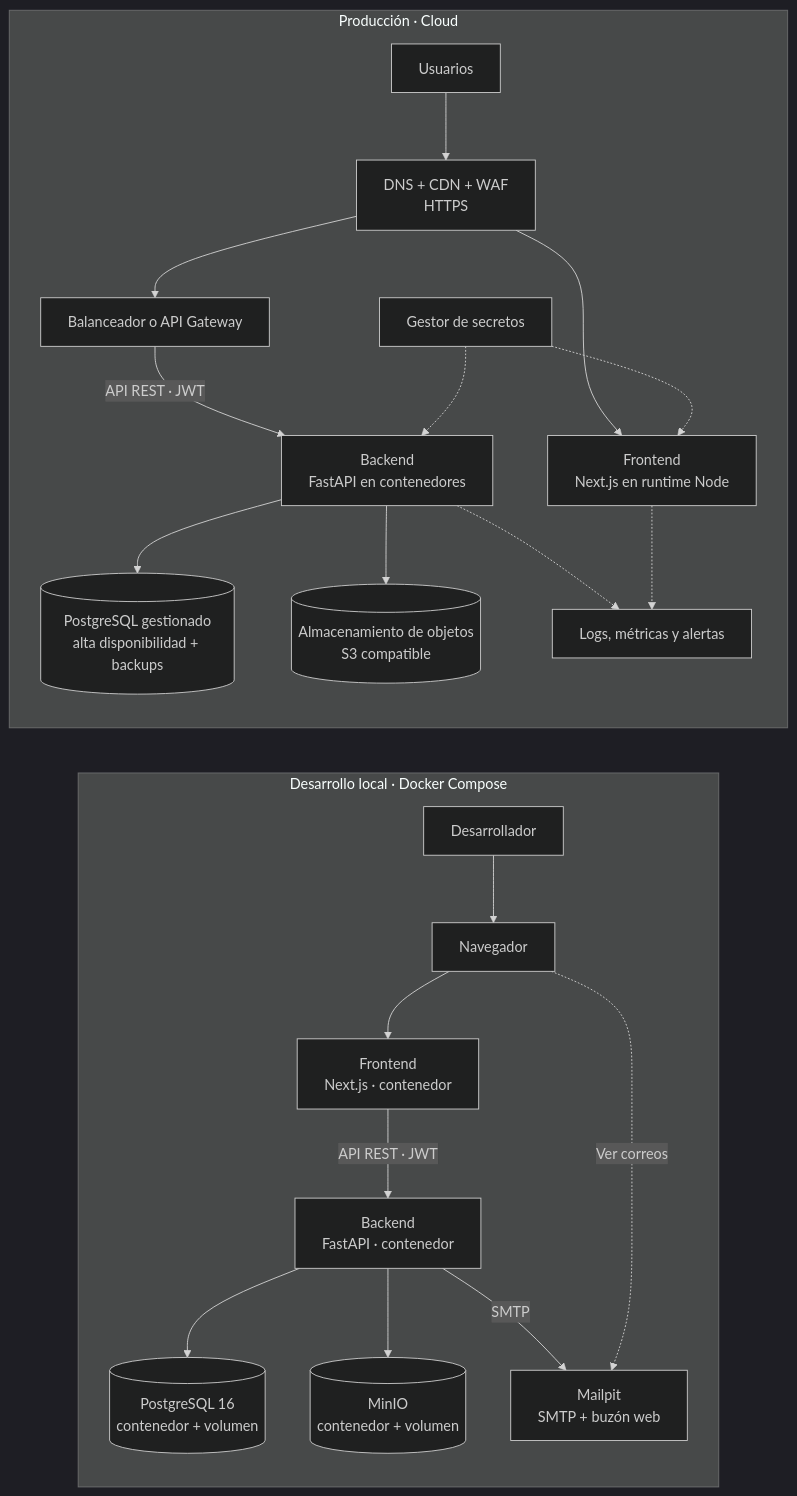
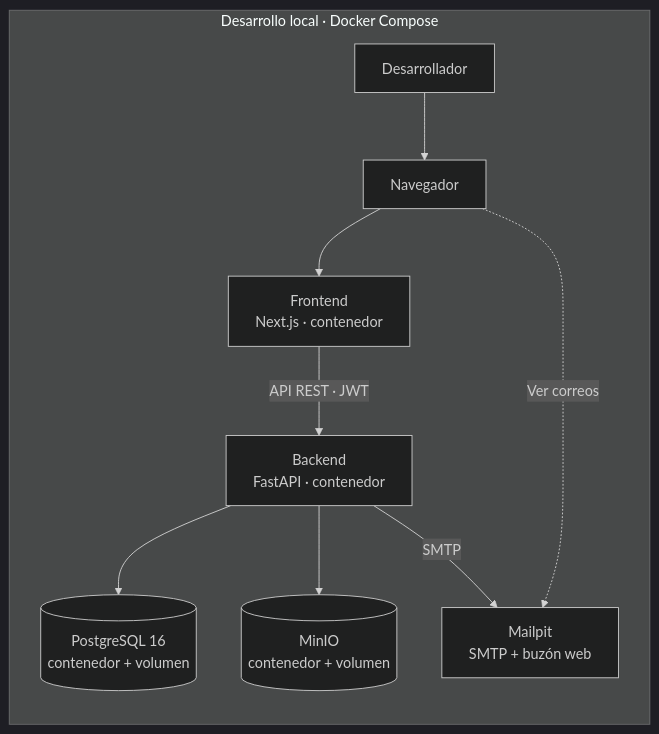
The second of 4 diagrams in readme.md (serfer2/entrevecinos), drawn with Mermaid (dark theme) before and after one commit. The commit also changed other lines of this file and 11 other files, not shown here.

````diff
--- a/readme.md
+++ b/readme.md
@@ -370,45 +370,21 @@
 ```mermaid
 flowchart LR
     subgraph LOCAL["Desarrollo local · Docker Compose"]
         DEV["Desarrollador"]
         BROWSER_LOCAL["Navegador"]
 
         WEB_LOCAL["Frontend<br/>Next.js · contenedor"]
         API_LOCAL["Backend<br/>FastAPI · contenedor"]
         DB_LOCAL[("PostgreSQL 16<br/>contenedor + volumen")]
         IMG_LOCAL[("MinIO<br/>contenedor + volumen")]
         MAIL_LOCAL["Mailpit<br/>SMTP + buzón web"]
 
         DEV --> BROWSER_LOCAL
         BROWSER_LOCAL --> WEB_LOCAL
         WEB_LOCAL -->|"API REST · JWT"| API_LOCAL
         API_LOCAL --> DB_LOCAL
         API_LOCAL --> IMG_LOCAL
         API_LOCAL -->|"SMTP"| MAIL_LOCAL
         BROWSER_LOCAL -.->|"Ver correos"| MAIL_LOCAL
     end
-
-    subgraph CLOUD["Producción · Cloud"]
-        USER["Usuarios"]
-        CDN["DNS + CDN + WAF<br/>HTTPS"]
-
-        WEB_CLOUD["Frontend<br/>Next.js en runtime Node"]
-        LB["Balanceador o API Gateway"]
-        API_CLOUD["Backend<br/>FastAPI en contenedores"]
-        DB_CLOUD[("PostgreSQL gestionado<br/>alta disponibilidad + backups")]
-        IMG_CLOUD[("Almacenamiento de objetos<br/>S3 compatible")]
-        SECRETS["Gestor de secretos"]
-        OBS["Logs, métricas y alertas"]
-
-        USER --> CDN
-        CDN --> WEB_CLOUD
-        CDN --> LB
-        LB -->|"API REST · JWT"| API_CLOUD
-        API_CLOUD --> DB_CLOUD
-        API_CLOUD --> IMG_CLOUD
-        SECRETS -.-> WEB_CLOUD
-        SECRETS -.-> API_CLOUD
-        API_CLOUD -.-> OBS
-        WEB_CLOUD -.-> OBS
-    end
 ```
````
